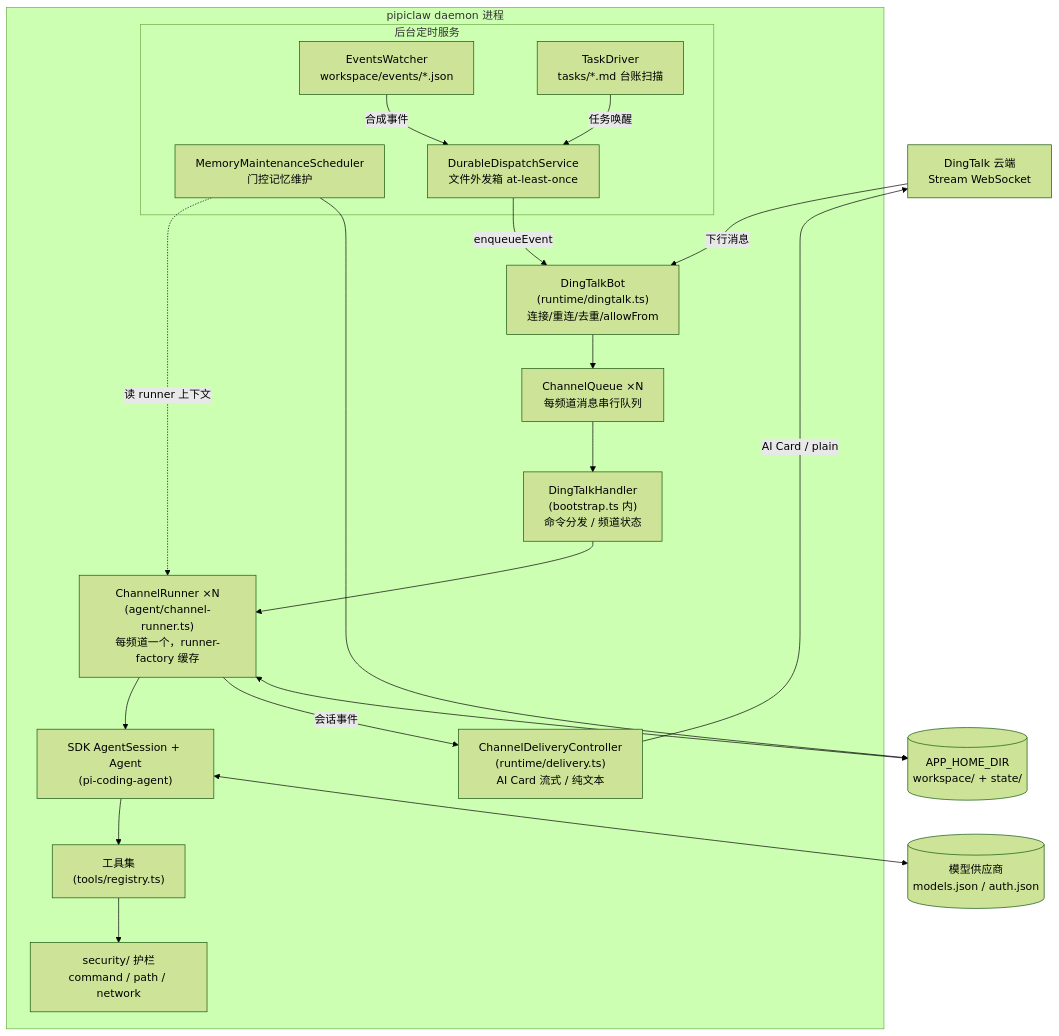
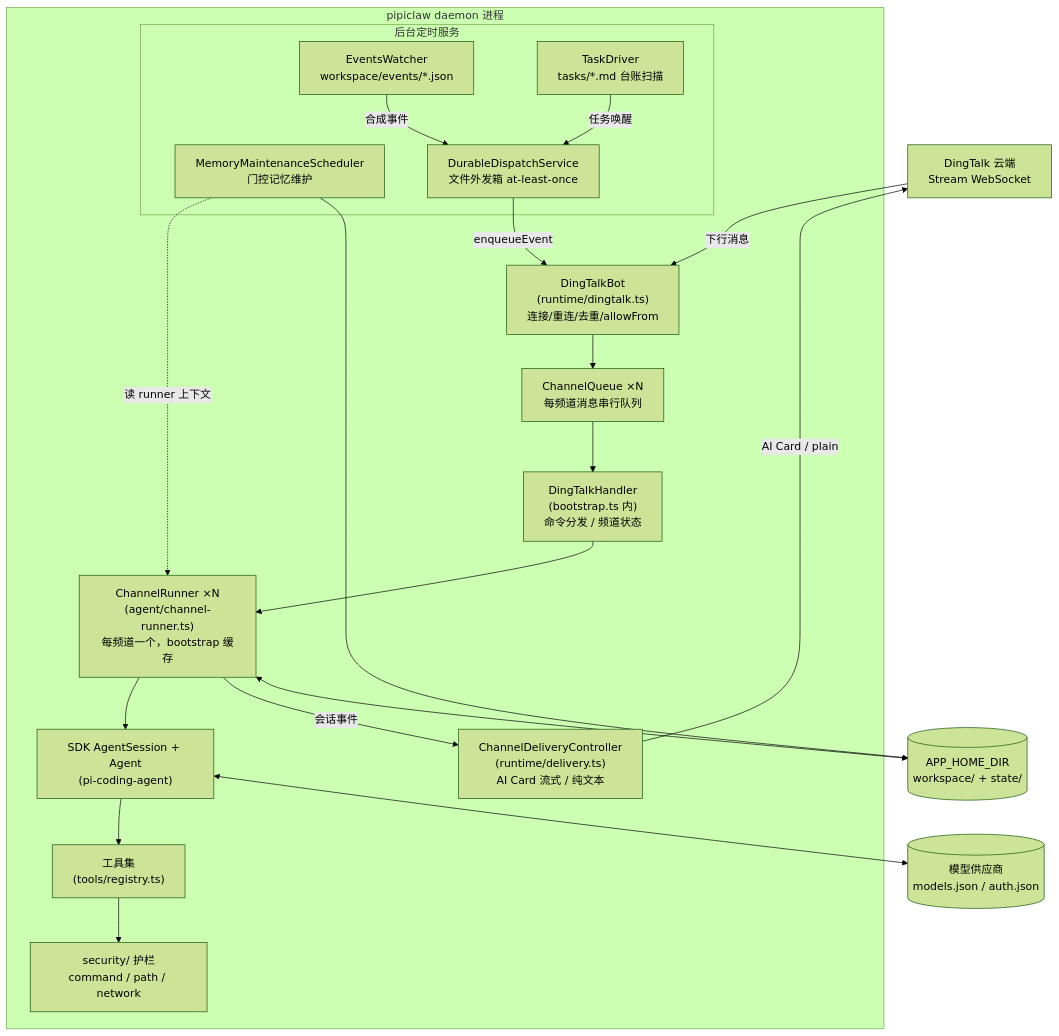
The first of 4 diagrams in docs/architecture.md (oyasmi/pipiclaw), drawn with Mermaid (forest theme) before and after one commit. The commit also changed other lines of this file and 96 other files, not shown here.

````diff
--- a/docs/architecture.md
+++ b/docs/architecture.md
@@ -55,36 +55,36 @@
 ```mermaid
 flowchart TB
     DT[DingTalk 云端<br/>Stream WebSocket]
 
     subgraph daemon [pipiclaw daemon 进程]
         BOT["DingTalkBot<br/>(runtime/dingtalk.ts)<br/>连接/重连/去重/allowFrom"]
         CQ["ChannelQueue ×N<br/>每频道消息串行队列"]
         HANDLER["DingTalkHandler<br/>(bootstrap.ts 内)<br/>命令分发 / 频道状态"]
-        RUNNER["ChannelRunner ×N<br/>(agent/channel-runner.ts)<br/>每频道一个，runner-factory 缓存"]
+        RUNNER["ChannelRunner ×N<br/>(agent/channel-runner.ts)<br/>每频道一个，bootstrap 缓存"]
         SESSION["SDK AgentSession + Agent<br/>(pi-coding-agent)"]
         TOOLS["工具集<br/>(tools/registry.ts)"]
         SEC["security/ 护栏<br/>command / path / network"]
         DELIVERY["ChannelDeliveryController<br/>(runtime/delivery.ts)<br/>AI Card 流式 / 纯文本"]
 
         subgraph bg [后台定时服务]
             EW["EventsWatcher<br/>workspace/events/*.json"]
             TD["TaskDriver<br/>tasks/*.md 台账扫描"]
             MMS["MemoryMaintenanceScheduler<br/>门控记忆维护"]
             DD["DurableDispatchService<br/>文件外发箱 at-least-once"]
         end
     end
 
     LLM[(模型供应商<br/>models.json / auth.json)]
     FS[(APP_HOME_DIR<br/>workspace/ + state/)]
 
     DT -->|下行消息| BOT --> CQ --> HANDLER --> RUNNER --> SESSION
     SESSION --> TOOLS --> SEC
     SESSION <--> LLM
     RUNNER -->|会话事件| DELIVERY -->|AI Card / plain| DT
     EW -->|合成事件| DD
     TD -->|任务唤醒| DD
     DD -->|enqueueEvent| BOT
     MMS -.->|读 runner 上下文| RUNNER
     MMS --> FS
     RUNNER <--> FS
 ```
````
